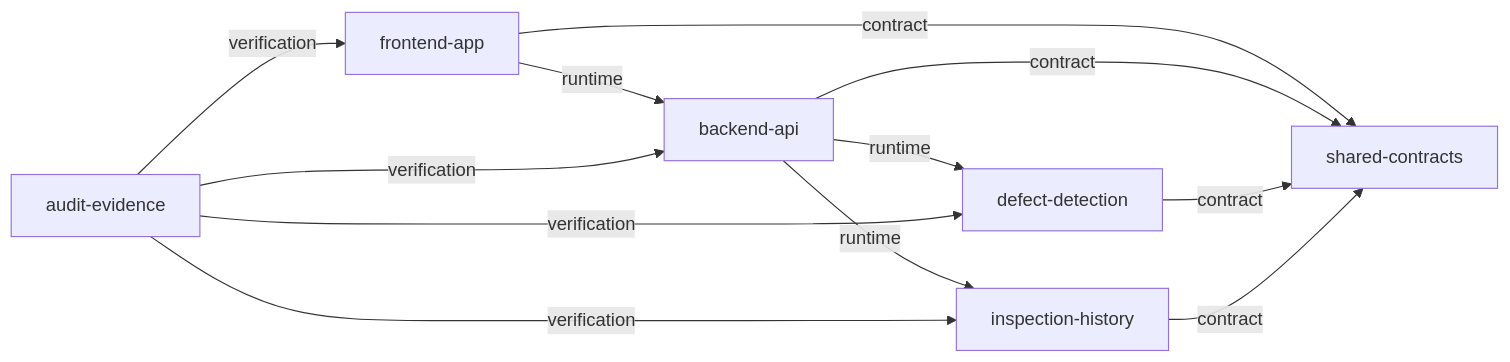
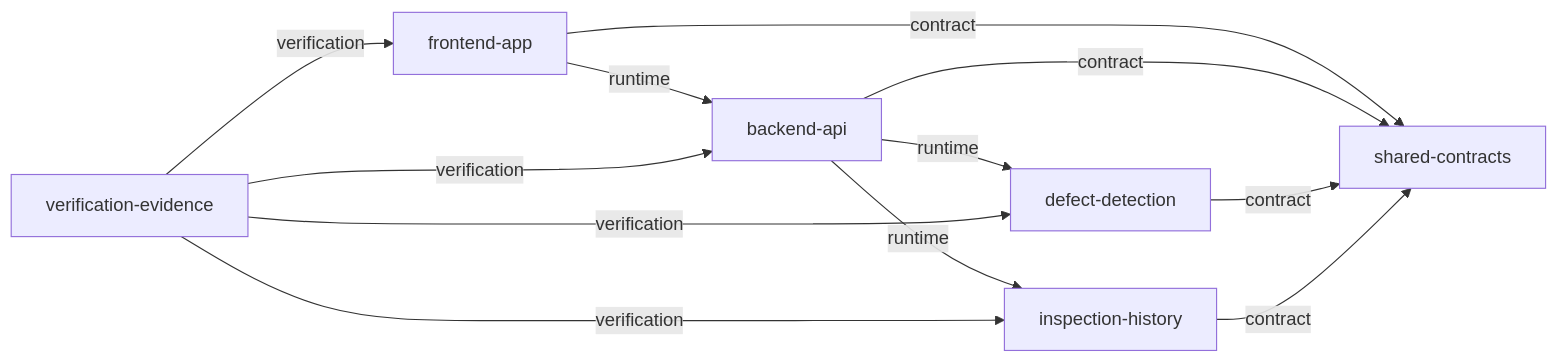
Before and after one commit to legion2440/inspect-vision: the diagram in docs/generated/dependency-graph.md, drawn with Mermaid. The commit also changed other lines of this file and 35 other files, not shown here.

Commit message:
fix(app): harden setup and inspection workflows

````diff
--- a/docs/generated/dependency-graph.md
+++ b/docs/generated/dependency-graph.md
@@ -5,20 +5,20 @@
 ```mermaid
 flowchart LR
     frontend_app["frontend-app"]
     backend_api["backend-api"]
     defect_detection["defect-detection"]
     inspection_history["inspection-history"]
     shared_contracts["shared-contracts"]
-    audit_evidence["audit-evidence"]
+    verification_evidence["verification-evidence"]
     frontend_app -->|"runtime"| backend_api
     frontend_app -->|"contract"| shared_contracts
     backend_api -->|"runtime"| defect_detection
     backend_api -->|"runtime"| inspection_history
     backend_api -->|"contract"| shared_contracts
     defect_detection -->|"contract"| shared_contracts
     inspection_history -->|"contract"| shared_contracts
-    audit_evidence -->|"verification"| frontend_app
-    audit_evidence -->|"verification"| backend_api
-    audit_evidence -->|"verification"| defect_detection
-    audit_evidence -->|"verification"| inspection_history
+    verification_evidence -->|"verification"| frontend_app
+    verification_evidence -->|"verification"| backend_api
+    verification_evidence -->|"verification"| defect_detection
+    verification_evidence -->|"verification"| inspection_history
 ```
````
